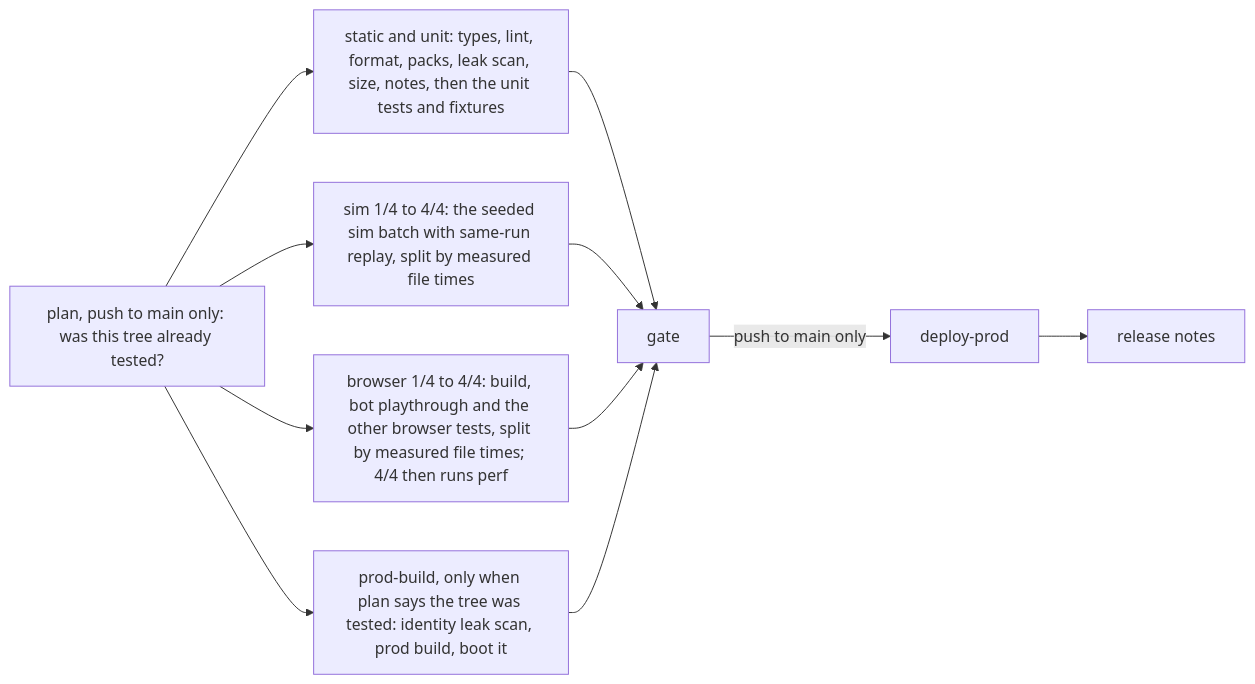
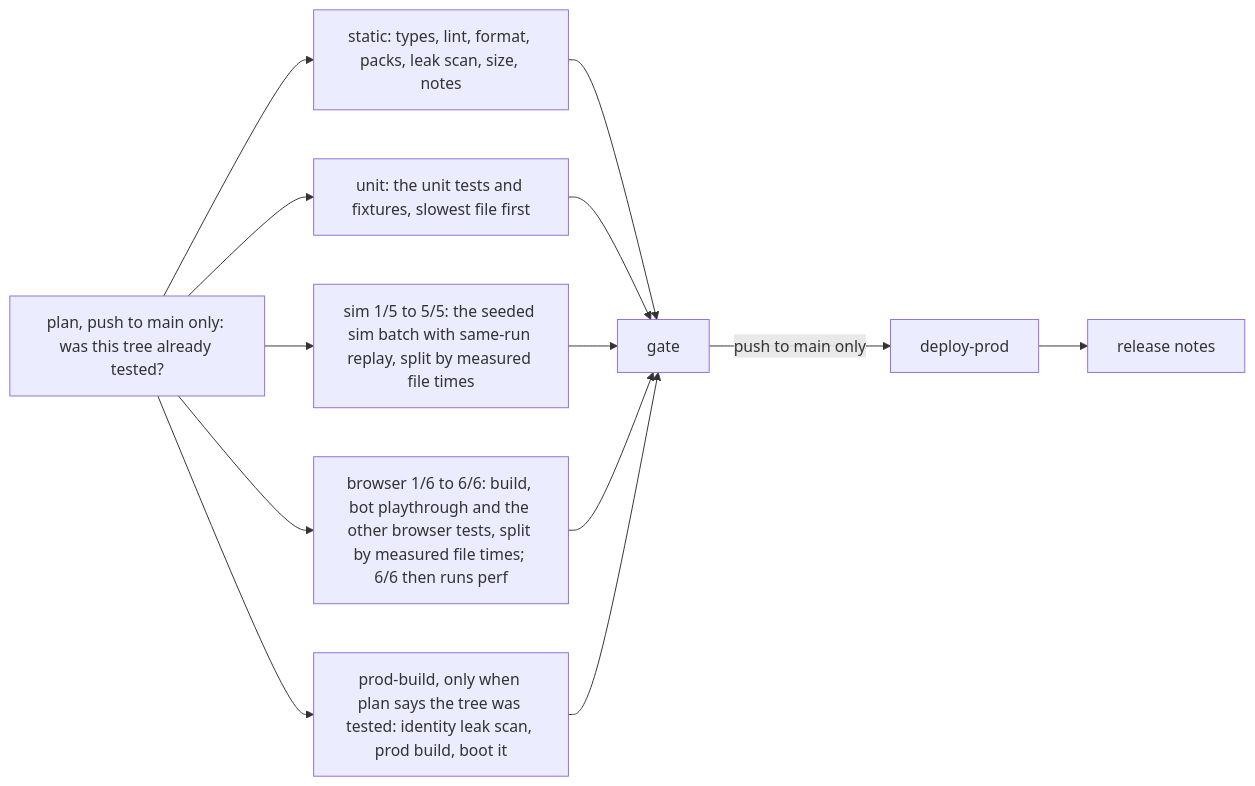
One commit to joshuasundance-swca/throttlebrawl changed the diagram in docs/engineering.md. Above: the diagram before and after it, drawn with Mermaid. The commit also changed other lines of this file and 16 other files, not shown here.

First line of the commit message:
ci: every job inside about 7 minutes (static and unit split, 5 sim and 6 browser slices, preset readers first)

````diff
--- a/docs/engineering.md
+++ b/docs/engineering.md
@@ -271,10 +271,11 @@
 ```mermaid
 flowchart LR
-  A[static and unit: types, lint, format, packs, leak scan, size, notes, then the unit tests and fixtures] --> G[gate]
-  P[plan, push to main only: was this tree already tested?] --> A & S & C & B
-  S[sim 1/4 to 4/4: the seeded sim batch with same-run replay, split by measured file times] --> G
-  C[browser 1/4 to 4/4: build, bot playthrough and the other browser tests, split by measured file times; 4/4 then runs perf] --> G
+  A[static: types, lint, format, packs, leak scan, size, notes] --> G[gate]
+  U[unit: the unit tests and fixtures, slowest file first] --> G
+  P[plan, push to main only: was this tree already tested?] --> A & U & S & C & B
+  S[sim 1/5 to 5/5: the seeded sim batch with same-run replay, split by measured file times] --> G
+  C[browser 1/6 to 6/6: build, bot playthrough and the other browser tests, split by measured file times; 6/6 then runs perf] --> G
   B[prod-build, only when plan says the tree was tested: identity leak scan, prod build, boot it] --> G
   G -->|push to main only| D[deploy-prod]
   D --> R[release notes]
 ```
````
